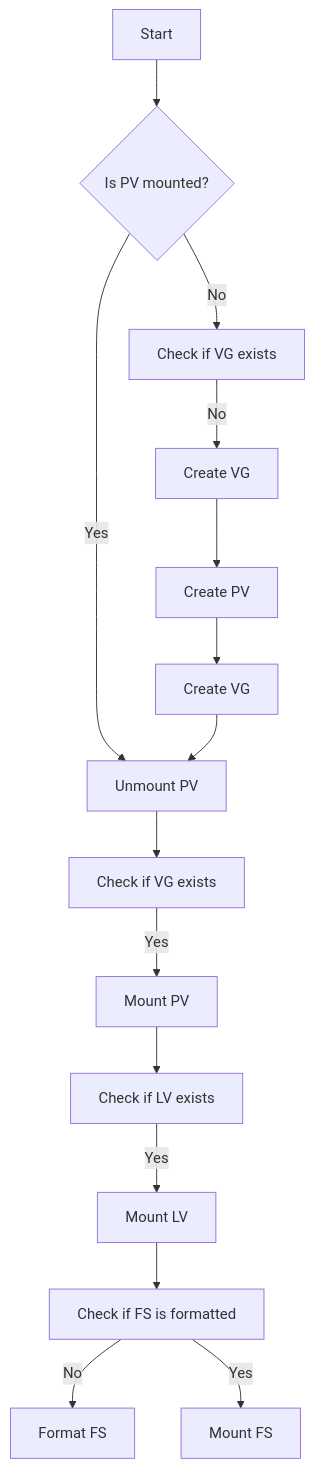
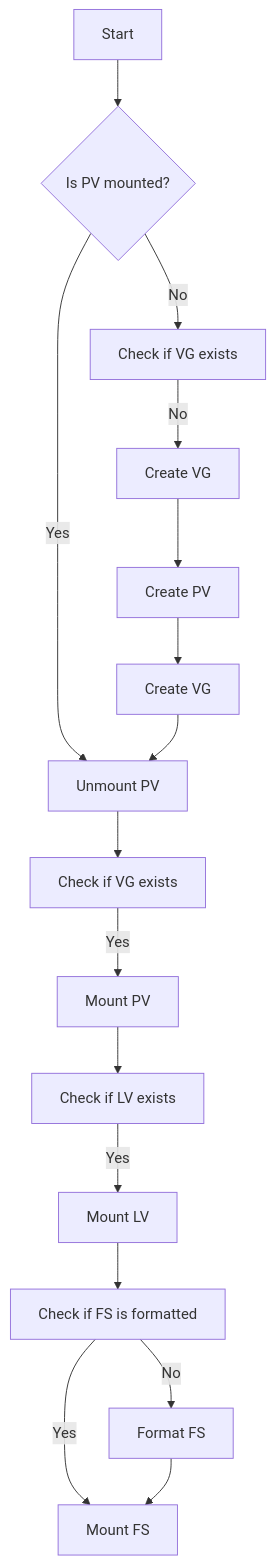
Before and after one commit to emmahone/LVM-Operator-overview: the first of 2 diagrams in mount_unmount_flowchart.md, drawn with Mermaid.

Commit message:
Fix typo in flowchart

````diff
--- a/mount_unmount_flowchart.md
+++ b/mount_unmount_flowchart.md
@@ -2,17 +2,18 @@
 ```mermaid
 graph TD
   A[Start] --> B{Is PV mounted?}
   B --> |Yes| C[Unmount PV]
   C --> D[Check if VG exists]
   D --> |Yes| E[Mount PV]
   E --> F[Check if LV exists]
   F --> |Yes| G[Mount LV]
   G --> H[Check if FS is formatted]
   H --> |No| I[Format FS]
   H --> |Yes| J[Mount FS]
   B --> |No| K[Check if VG exists]
   K --> |No| L[Create VG]
   L --> M[Create PV]
   M --> N[Create VG]
   N --> C
+  I --> J
   ```
````
